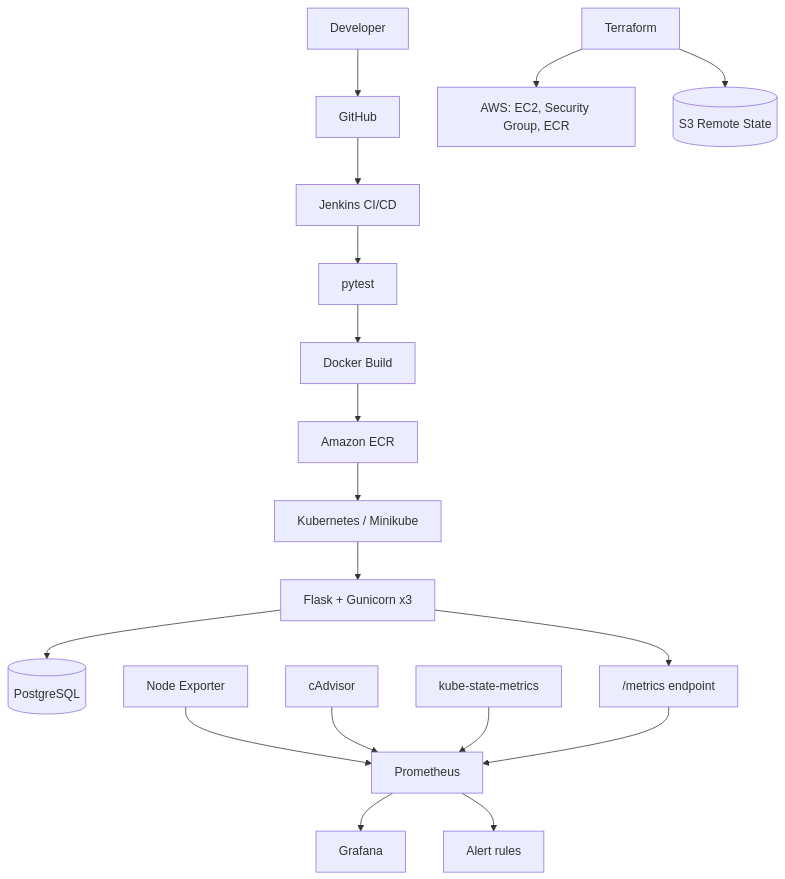
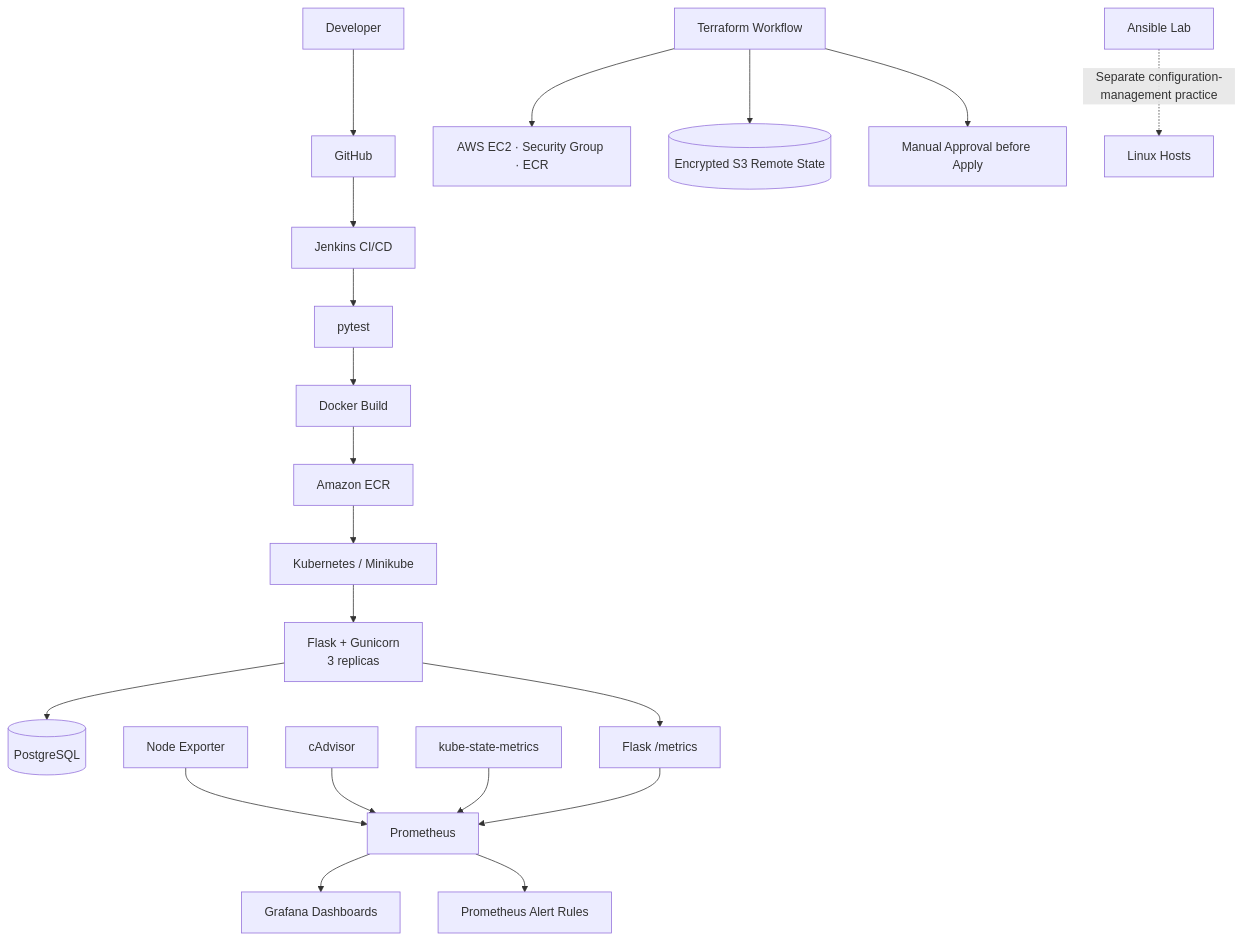
One commit to shamiltech8/cloud-native-task-manager changed the first of 3 diagrams in README.md. Above: the diagram before and after it, drawn with Mermaid. The commit also changed other lines of this file, not shown here.

Commit message:
Improve project README with architecture and screenshots

````diff
--- a/README.md
+++ b/README.md
@@ -32,22 +55,25 @@
 ```mermaid
-flowchart TD
+flowchart TB
     DEV[Developer] --> GH[GitHub]
     GH --> J[Jenkins CI/CD]
-    J --> T[pytest]
-    T --> D[Docker Build]
-    D --> ECR[Amazon ECR]
-    ECR --> K[Kubernetes / Minikube]
-    K --> APP[Flask + Gunicorn x3]
+    J --> TEST[pytest]
+    TEST --> BUILD[Docker Build]
+    BUILD --> ECR[Amazon ECR]
+    ECR --> K8S[Kubernetes / Minikube]
+    K8S --> APP[Flask + Gunicorn<br/>3 replicas]
     APP --> DB[(PostgreSQL)]
 
-    APP --> MET["/metrics endpoint"]
-    NODE[Node Exporter] --> P[Prometheus]
-    CAD[cAdvisor] --> P
-    KSM[kube-state-metrics] --> P
-    MET --> P
-    P --> G[Grafana]
-    P --> AL[Alert rules]
+    APP --> METRICS["Flask /metrics"]
+    NODE[Node Exporter] --> PROM[Prometheus]
+    CAD[cAdvisor] --> PROM
+    KSM[kube-state-metrics] --> PROM
+    METRICS --> PROM
+    PROM --> GRAF[Grafana Dashboards]
+    PROM --> ALERTS[Prometheus Alert Rules]
 
-    TF[Terraform] --> AWS[AWS: EC2, Security Group, ECR]
-    TF --> S3[(S3 Remote State)]
+    TF[Terraform Workflow] --> AWS[AWS EC2 · Security Group · ECR]
+    TF --> S3[(Encrypted S3 Remote State)]
+    TF --> APPROVAL[Manual Approval before Apply]
+
+    ANS[Ansible Lab] -. Separate configuration-management practice .-> HOSTS[Linux Hosts]
 ```
````
